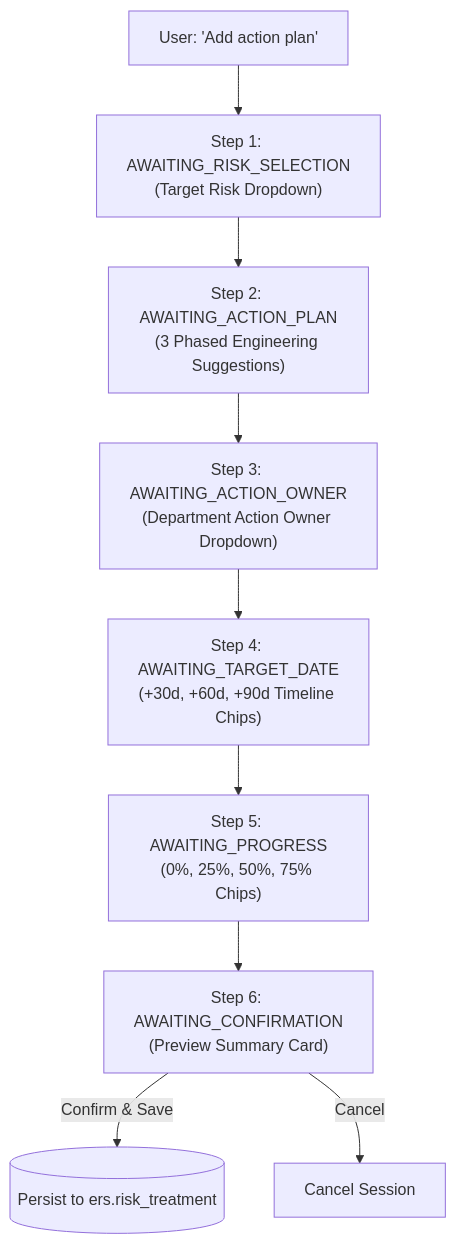
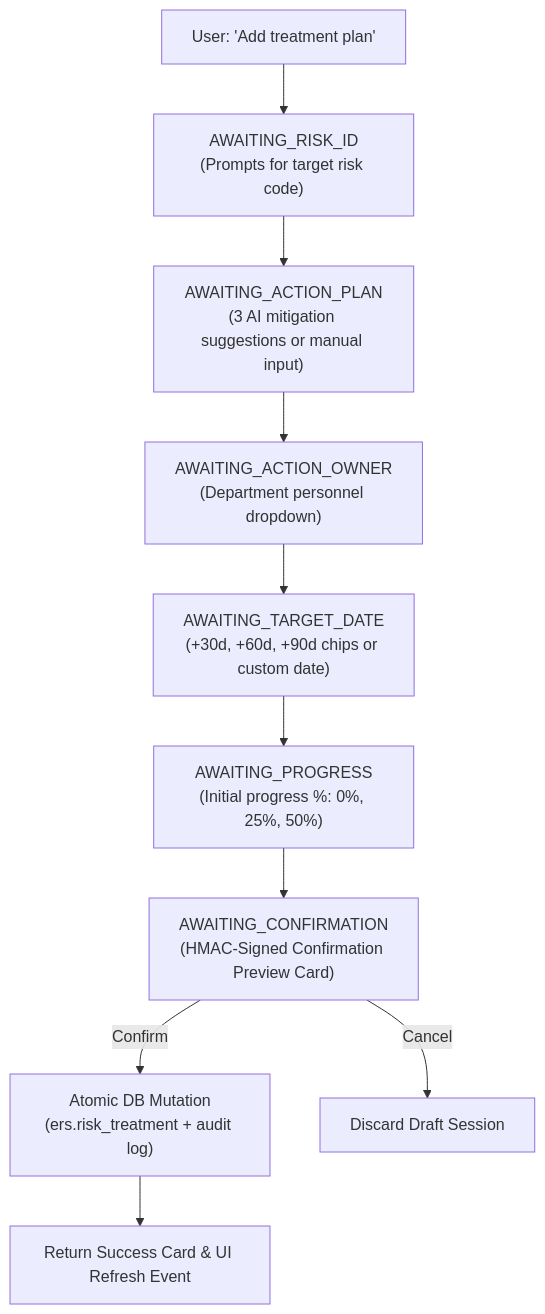
The diagram in ERM_Copilot/docs/agents/03_TREATMENT_MANAGEMENT_AGENT.md (jasminbabariya22-eng/Enterprise-Risk-Management-System), drawn with Mermaid before and after one commit. The commit also changed other lines of this file and 21 other files, not shown here.

````diff
--- a/ERM_Copilot/docs/agents/03_TREATMENT_MANAGEMENT_AGENT.md
+++ b/ERM_Copilot/docs/agents/03_TREATMENT_MANAGEMENT_AGENT.md
@@ -22,11 +23,13 @@
 ```mermaid
 flowchart TD
-    Start["User: 'Add action plan'"] --> Step1["Step 1: AWAITING_RISK_SELECTION\n(Target Risk Dropdown)"]
-    Step1 --> Step2["Step 2: AWAITING_ACTION_PLAN\n(3 Phased Engineering Suggestions)"]
-    Step2 --> Step3["Step 3: AWAITING_ACTION_OWNER\n(Department Action Owner Dropdown)"]
-    Step3 --> Step4["Step 4: AWAITING_TARGET_DATE\n(+30d, +60d, +90d Timeline Chips)"]
-    Step4 --> Step5["Step 5: AWAITING_PROGRESS\n(0%, 25%, 50%, 75% Chips)"]
-    Step5 --> Confirm["Step 6: AWAITING_CONFIRMATION\n(Preview Summary Card)"]
-    Confirm -->|Confirm & Save| DB[("Persist to ers.risk_treatment")]
-    Confirm -->|Cancel| Abort["Cancel Session"]
+    Trigger["User: 'Add treatment plan'"] --> S1["AWAITING_RISK_ID\n(Prompts for target risk code)"]
+    S1 --> S2["AWAITING_ACTION_PLAN\n(3 AI mitigation suggestions or manual input)"]
+    S2 --> S3["AWAITING_ACTION_OWNER\n(Department personnel dropdown)"]
+    S3 --> S4["AWAITING_TARGET_DATE\n(+30d, +60d, +90d chips or custom date)"]
+    S4 --> S5["AWAITING_PROGRESS\n(Initial progress %: 0%, 25%, 50%)"]
+    S5 --> S6["AWAITING_CONFIRMATION\n(HMAC-Signed Confirmation Preview Card)"]
+    
+    S6 -->|Confirm| Execute["Atomic DB Mutation\n(ers.risk_treatment + audit log)"]
+    S6 -->|Cancel| Abort["Discard Draft Session"]
+    Execute --> Complete["Return Success Card & UI Refresh Event"]
 ```
````
